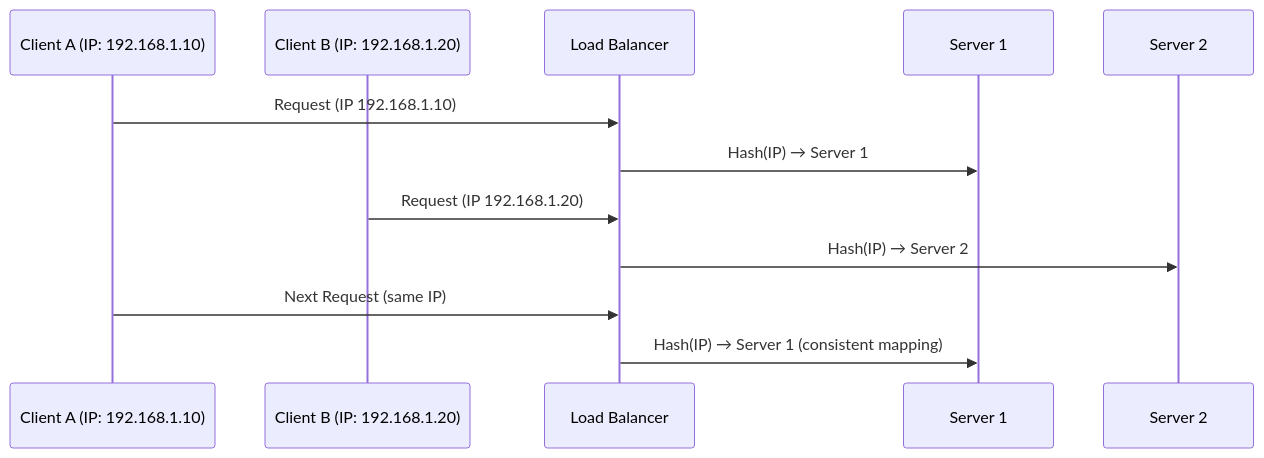
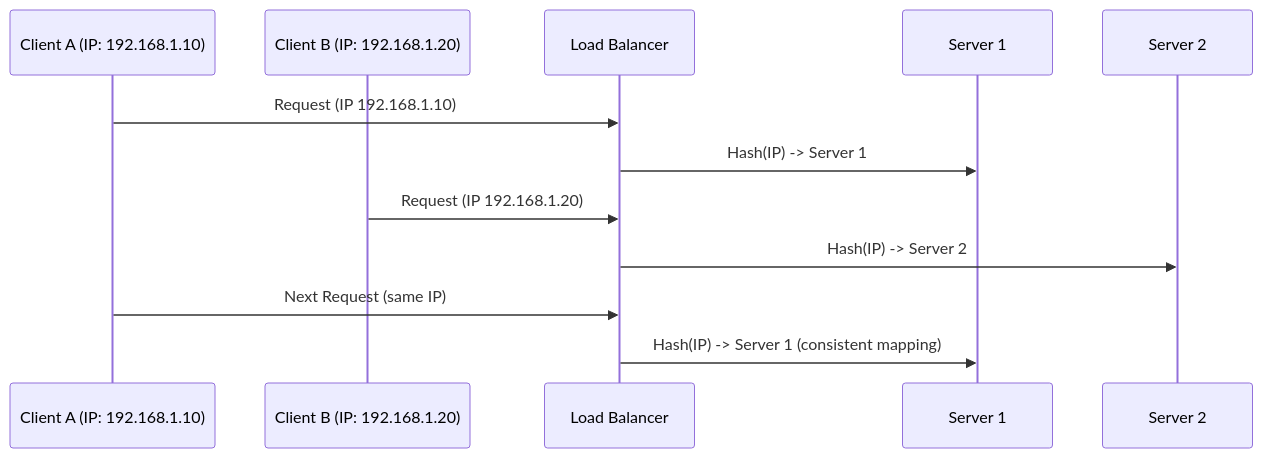
The second of 3 diagrams in fundamentals/13-load-balancing.md (mohllal/system-design-interview-prep), drawn with Mermaid before and after one commit. The commit also changed other lines of this file and 35 other files, not shown here.

````diff
--- a/fundamentals/13-load-balancing.md
+++ b/fundamentals/13-load-balancing.md
@@ -122,17 +96,17 @@
 ```mermaid
 sequenceDiagram
     participant ClientA as Client A (IP: 192.168.1.10)
     participant ClientB as Client B (IP: 192.168.1.20)
     participant LB as Load Balancer
     participant S1 as Server 1
     participant S2 as Server 2
 
     ClientA->>LB: Request (IP 192.168.1.10)
-    LB->>S1: Hash(IP) → Server 1
+    LB->>S1: Hash(IP) -> Server 1
 
     ClientB->>LB: Request (IP 192.168.1.20)
-    LB->>S2: Hash(IP) → Server 2
+    LB->>S2: Hash(IP) -> Server 2
 
     ClientA->>LB: Next Request (same IP)
-    LB->>S1: Hash(IP) → Server 1 (consistent mapping)
+    LB->>S1: Hash(IP) -> Server 1 (consistent mapping)
 ```
````
